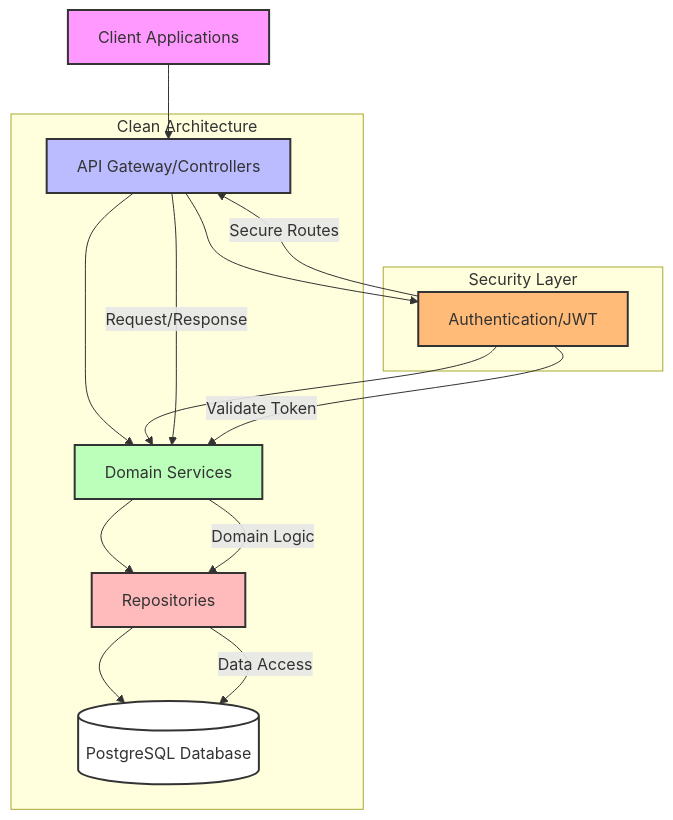
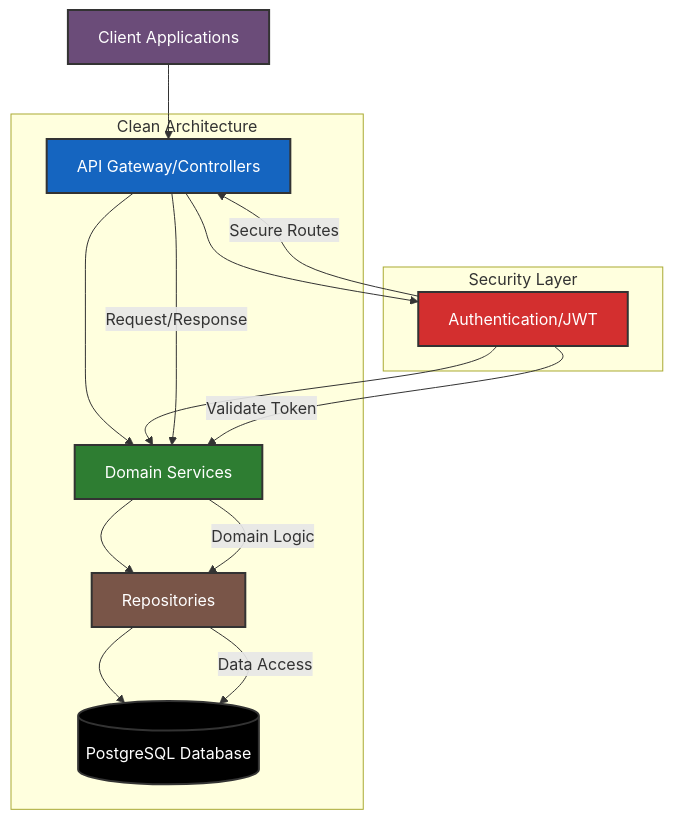
One commit to YazanZebak/nestjs-clean-architecture-demo changed the second of 3 diagrams in README.md. Above: the diagram before and after it, drawn with Mermaid. The commit also changed other lines of this file, not shown here.

````diff
--- a/README.md
+++ b/README.md
@@ -96,27 +99,27 @@
 ```mermaid
 flowchart TB
     Client[Client Applications] --> Gateway[API Gateway/Controllers]
     Gateway --> Auth[Authentication/JWT]
     Gateway --> Services[Domain Services]
     Auth --> Services
     Services --> Repos[Repositories]
     Repos --> DB[(PostgreSQL Database)]
     
     subgraph Clean Architecture
         Gateway --> |Request/Response| Services
         Services --> |Domain Logic| Repos
         Repos --> |Data Access| DB
     end
 
     subgraph Security Layer
         Auth --> |Validate Token| Services
         Auth --> |Secure Routes| Gateway
     end
 
-    style Client fill:#f9f,stroke:#333,stroke-width:2px
-    style Gateway fill:#bbf,stroke:#333,stroke-width:2px
-    style Auth fill:#fb7,stroke:#333,stroke-width:2px
-    style Services fill:#bfb,stroke:#333,stroke-width:2px
-    style Repos fill:#fbb,stroke:#333,stroke-width:2px
-    style DB fill:#fff,stroke:#333,stroke-width:2px
+    style Client fill:#6b4c79,stroke:#333,stroke-width:2px,color:#fff
+    style Gateway fill:#1565c0,stroke:#333,stroke-width:2px,color:#fff
+    style Auth fill:#d32f2f,stroke:#333,stroke-width:2px,color:#fff
+    style Services fill:#2e7d32,stroke:#333,stroke-width:2px,color:#fff
+    style Repos fill:#795548,stroke:#333,stroke-width:2px,color:#fff
+    style DB fill:#000000,stroke:#333,stroke-width:2px,color:#fff
 ```
````
